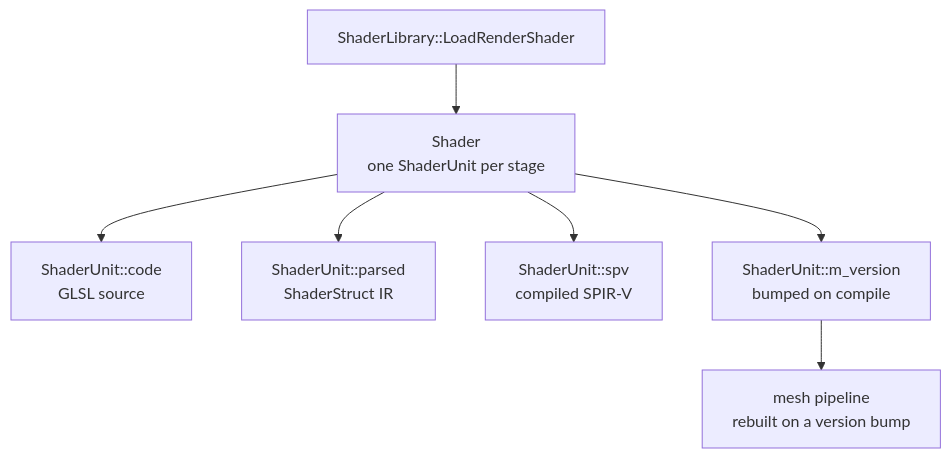
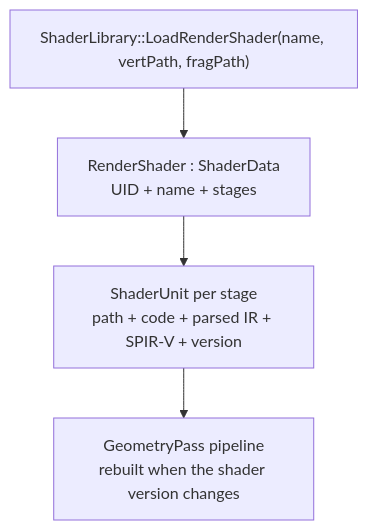
The diagram in docs/render/shaders.md (XDzZyq/Neurus), drawn with Mermaid before and after one commit. The commit also changed other lines of this file and 76 other files, not shown here.

````diff
--- a/docs/render/shaders.md
+++ b/docs/render/shaders.md
@@ -7,17 +29,11 @@
 ```mermaid
 flowchart TD
-    library["ShaderLibrary::LoadRenderShader"]
-    shader["Shader<br/>one ShaderUnit per stage"]
-    code["ShaderUnit::code<br/>GLSL source"]
-    parsed["ShaderUnit::parsed<br/>ShaderStruct IR"]
-    spv["ShaderUnit::spv<br/>compiled SPIR-V"]
-    version["ShaderUnit::m_version<br/>bumped on compile"]
-    pipeline["mesh pipeline<br/>rebuilt on a version bump"]
+    library["ShaderLibrary::LoadRenderShader(name, vertPath, fragPath)"]
+    data["RenderShader : ShaderData<br/>UID + name + stages"]
+    unit["ShaderUnit per stage<br/>path + code + parsed IR + SPIR-V + version"]
+    pipeline["GeometryPass pipeline<br/>rebuilt when the shader version changes"]
 
-    library --> shader
-    shader --> code
-    shader --> parsed
-    shader --> spv
-    shader --> version
-    version --> pipeline
+    library --> data
+    data --> unit
+    unit --> pipeline
 ```
````
